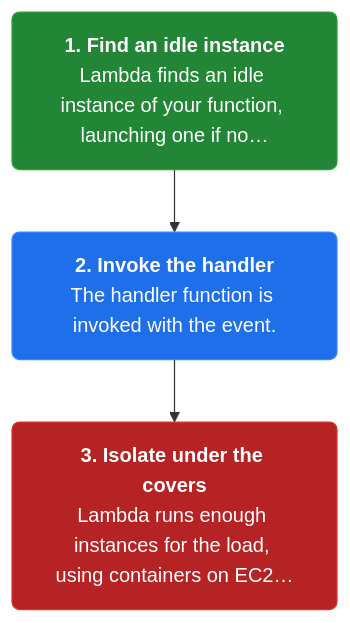
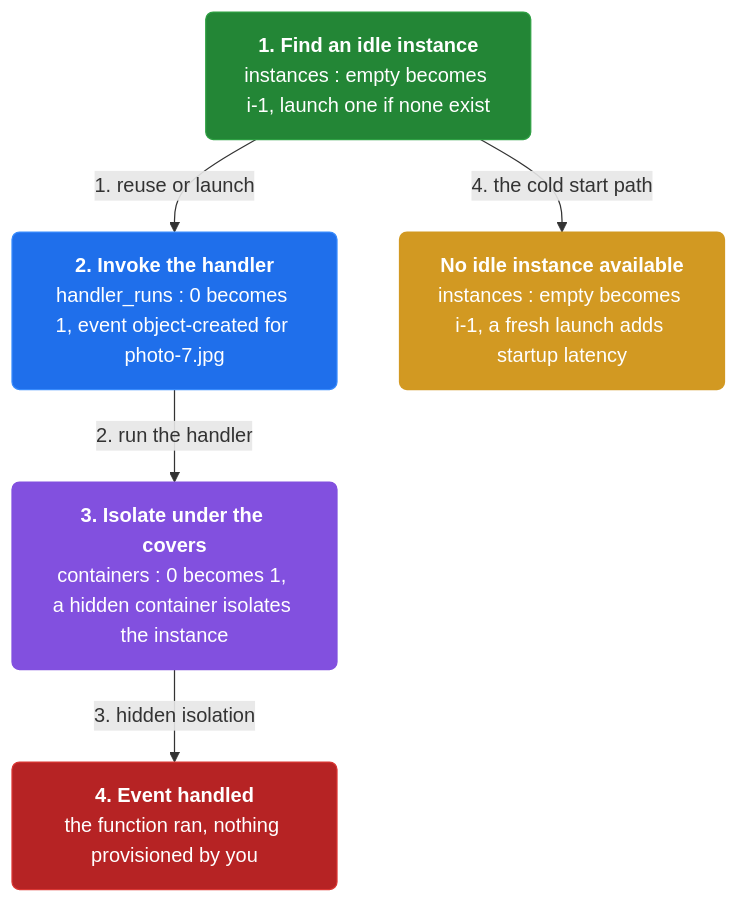
One commit to vinayakuber/microservices-io-study-guide changed the second of 4 diagrams in docs/ch41-serverless-deployment.md. Above: the diagram before and after it, drawn with Mermaid. The commit also changed other lines of this file and 46 other files, not shown here.

First line of the commit message:
Author rich branching flow diagrams for all 44 chapters

````diff
--- a/docs/ch41-serverless-deployment.md
+++ b/docs/ch41-serverless-deployment.md
@@ -50,11 +56,17 @@
 ```mermaid
 flowchart TD
-  classDef step fill:#1f6feb,color:#ffffff,stroke:#388bfd,stroke-width:1px,rx:6
+  classDef step fill:#1f6feb,color:#ffffff,stroke:#388bfd,rx:6
+  classDef core fill:#8250df,color:#ffffff,stroke:#8250df,rx:6
+  classDef warn fill:#d29922,color:#ffffff,stroke:#d29922,rx:6
   classDef start fill:#238636,color:#ffffff,stroke:#2ea043,rx:6
   classDef stop fill:#b62324,color:#ffffff,stroke:#da3633,rx:6
-  s1n0["<b>1. Find an idle instance</b><br/>Lambda finds an idle instance of your function, launching one if no…"]:::start
-  s1n1["<b>2. Invoke the handler</b><br/>The handler function is invoked with the event."]:::step
-  s1n2["<b>3. Isolate under the covers</b><br/>Lambda runs enough instances for the load, using containers on EC2…"]:::stop
-  s1n0 --> s1n1
-  s1n1 --> s1n2
+  n0["<b>1. Find an idle instance</b><br/>instances : empty becomes i-1, launch one if none exist"]:::start
+  n1["<b>2. Invoke the handler</b><br/>handler_runs : 0 becomes 1, event object-created for photo-7.jpg"]:::step
+  n2["<b>3. Isolate under the covers</b><br/>containers : 0 becomes 1, a hidden container isolates the instance"]:::core
+  n3["<b>4. Event handled</b><br/>the function ran, nothing provisioned by you"]:::stop
+  n4["<b>No idle instance available</b><br/>instances : empty becomes i-1, a fresh launch adds startup latency"]:::warn
+  n0 -->|"1. reuse or launch"| n1
+  n1 -->|"2. run the handler"| n2
+  n2 -->|"3. hidden isolation"| n3
+  n0 -->|"4. the cold start path"| n4
 ```
````
